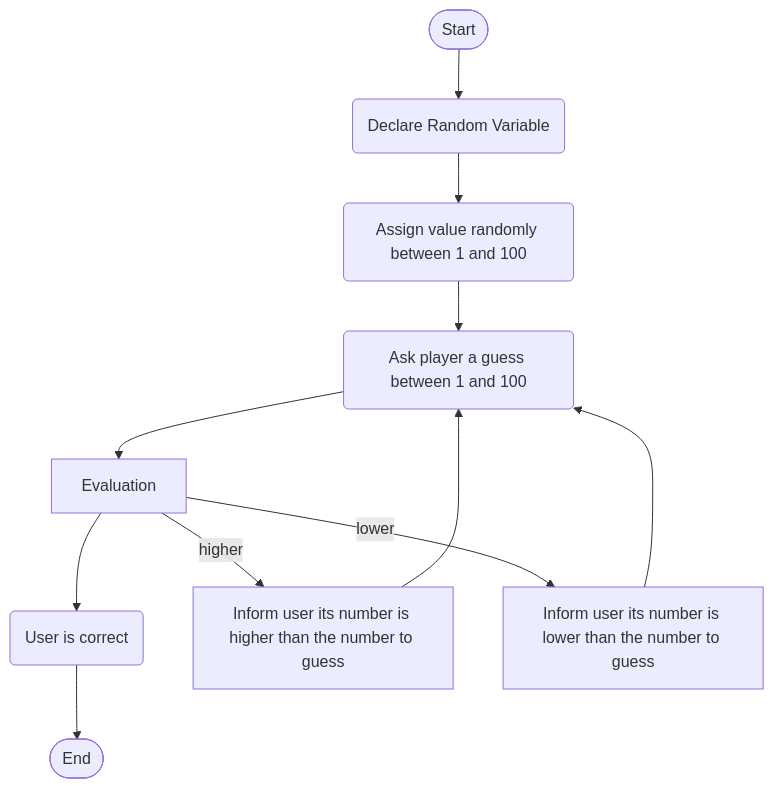
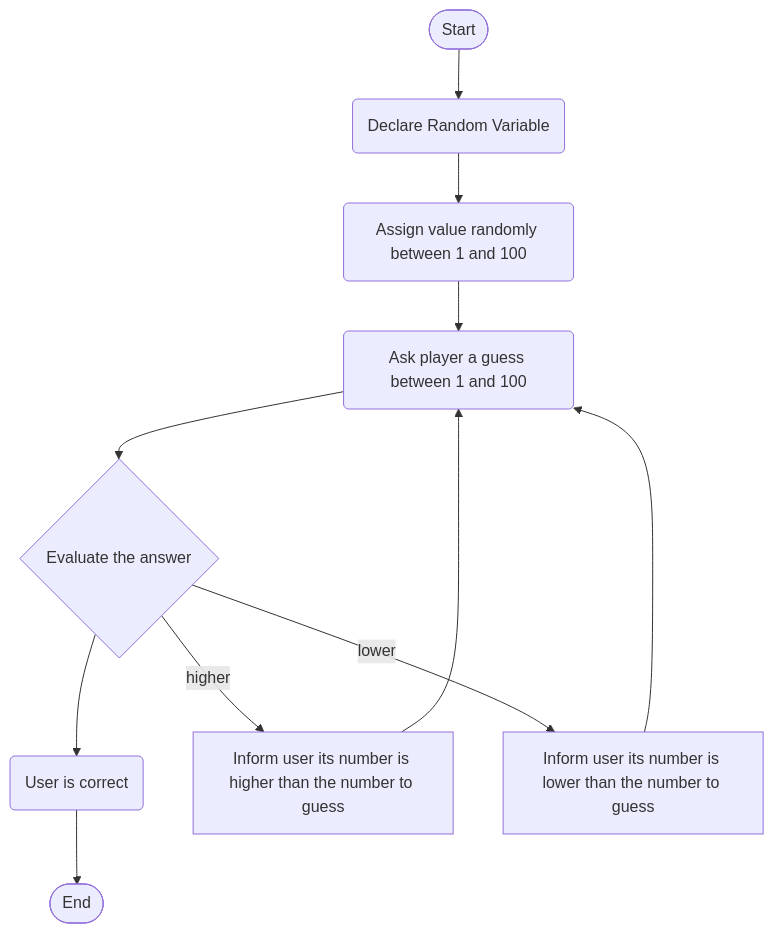
The diagram in Guessing.md (juansagarra/juansagarra.github.io), drawn with Mermaid before and after one commit.

````diff
--- a/Guessing.md
+++ b/Guessing.md
@@ -1,16 +1,16 @@
 ```mermaid
 flowchart TD
 
 
 
- Start([Start]) --> A(Declare Random Variable) --> B(Assign value randomly between 1 and 100) --> C(Ask player a guess between 1 and 100) --> Evaluation --> D(User is correct) --> End([End])
+ Start([Start]) --> A(Declare Random Variable) --> B(Assign value randomly between 1 and 100) --> C(Ask player a guess between 1 and 100) --> Evaluation{Evaluate the answer} --> D(User is correct) --> End([End])
 
 Evaluation --> |higher| E[Inform user its number is higher than the number to guess]
 Evaluation --> |lower| F[Inform user its number is lower than the number to guess]
 
 E --> C
 F --> C
 
 
 
 ```
````
